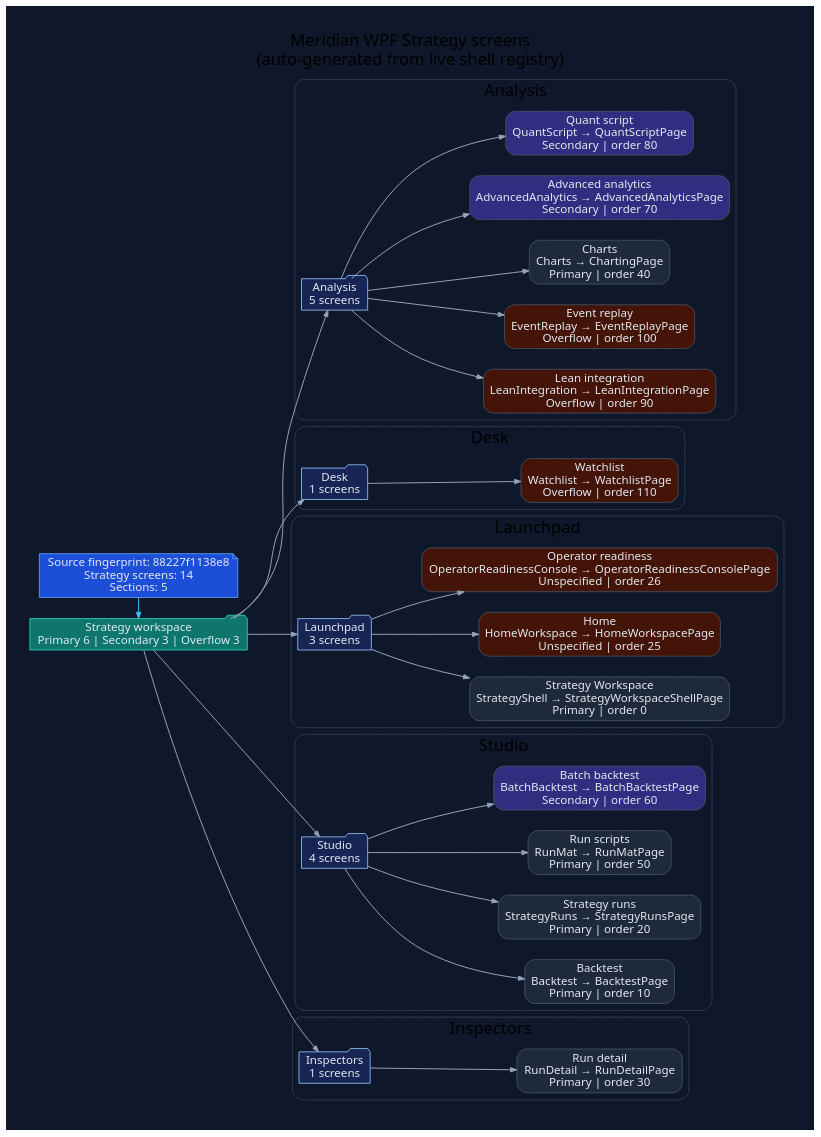
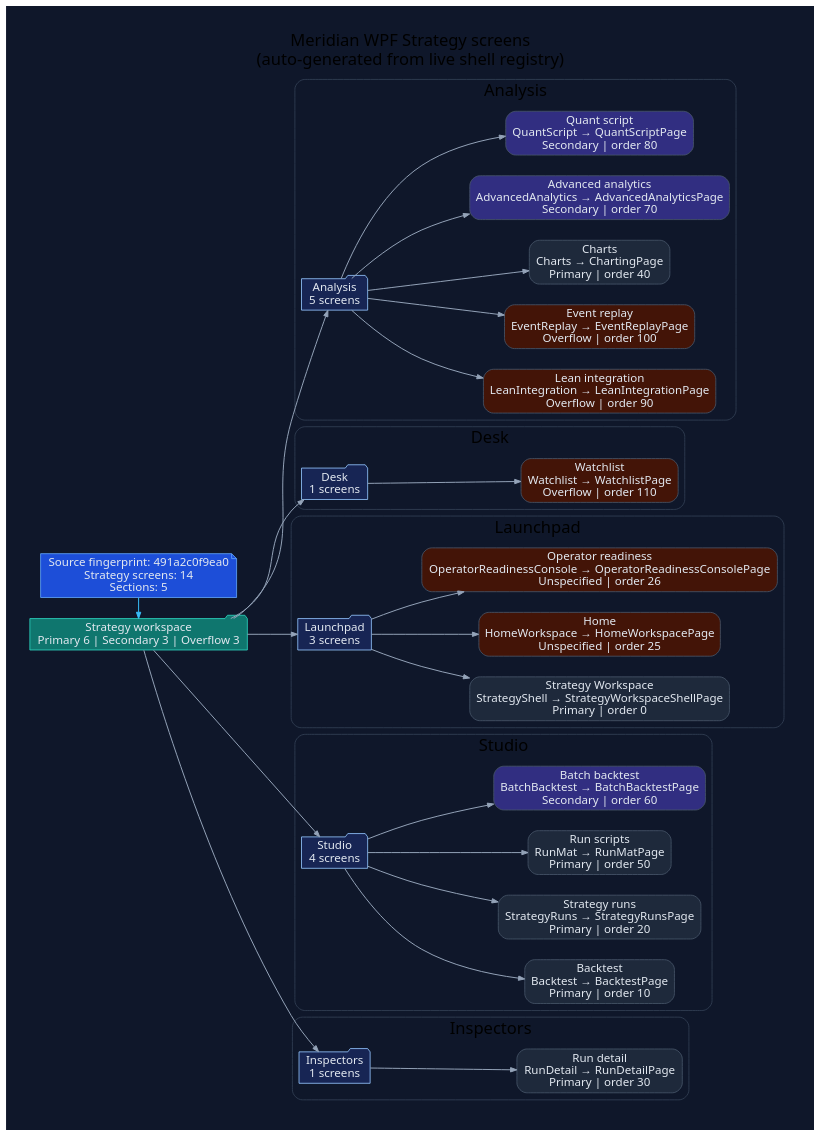
One commit to rodoHasArrived/Meridian-main changed the diagram in docs/diagrams/ui-wpf-screens-strategy.dot. Above: the diagram before and after it, drawn with Graphviz. The commit also changed 21 other files, not shown here.

First line of the commit message:
Regenerate WPF UI diagrams for the updated source fingerprint

```diff
--- a/docs/diagrams/ui-wpf-screens-strategy.dot
+++ b/docs/diagrams/ui-wpf-screens-strategy.dot
@@ -1,94 +1,94 @@
 // -----------------------------------------------------------------------------
 // <auto-generated>
 // Generated by scripts/generate-diagrams.mjs.
 // Do not edit this file directly; update the WPF source files instead.
 // -----------------------------------------------------------------------------
 digraph WpfStrategyScreens {
   graph [
     rankdir=LR,
     labelloc=t,
     label="Meridian WPF Strategy screens\n(auto-generated from live shell registry)",
     fontname="Segoe UI",
     fontsize=20,
     pad=0.4,
     nodesep=0.35,
     ranksep=0.85,
     bgcolor="#0f172a"
   ];
   node [fontname="Segoe UI", shape=box, style="rounded,filled", color="#475569", fontcolor="#e2e8f0", fillcolor="#1e293b"];
   edge [fontname="Segoe UI", color="#94a3b8", penwidth=1.2, arrowsize=0.75];
 
-  generated [shape=note, fillcolor="#1d4ed8", color="#60a5fa", label="Source fingerprint: 88227f1138e8\nStrategy screens: 14\nSections: 5"];
+  generated [shape=note, fillcolor="#1d4ed8", color="#60a5fa", label="Source fingerprint: 491a2c0f9ea0\nStrategy screens: 14\nSections: 5"];
   workspace [shape=folder, fillcolor="#0f766e", color="#2dd4bf", label="Strategy workspace\nPrimary 6 | Secondary 3 | Overflow 3"];
   generated -> workspace [color="#38bdf8"];
 
   subgraph cluster_section_1 {
     label="Analysis";
     color="#334155";
     style="rounded";
     section_1 [shape=folder, fillcolor="#172554", color="#93c5fd", label="Analysis\n5 screens"];
     workspace -> section_1;
     screen_LeanIntegration [fillcolor="#431407", label="Lean integration\nLeanIntegration → LeanIntegrationPage\nOverflow | order 90"];
     section_1 -> screen_LeanIntegration;
     screen_EventReplay [fillcolor="#431407", label="Event replay\nEventReplay → EventReplayPage\nOverflow | order 100"];
     section_1 -> screen_EventReplay;
     screen_Charts [fillcolor="#1e293b", label="Charts\nCharts → ChartingPage\nPrimary | order 40"];
     section_1 -> screen_Charts;
     screen_AdvancedAnalytics [fillcolor="#312e81", label="Advanced analytics\nAdvancedAnalytics → AdvancedAnalyticsPage\nSecondary | order 70"];
     section_1 -> screen_AdvancedAnalytics;
     screen_QuantScript [fillcolor="#312e81", label="Quant script\nQuantScript → QuantScriptPage\nSecondary | order 80"];
     section_1 -> screen_QuantScript;
   }
 
   subgraph cluster_section_2 {
     label="Desk";
     color="#334155";
     style="rounded";
     section_2 [shape=folder, fillcolor="#172554", color="#93c5fd", label="Desk\n1 screens"];
     workspace -> section_2;
     screen_Watchlist [fillcolor="#431407", label="Watchlist\nWatchlist → WatchlistPage\nOverflow | order 110"];
     section_2 -> screen_Watchlist;
   }
 
   subgraph cluster_section_3 {
     label="Launchpad";
     color="#334155";
     style="rounded";
     section_3 [shape=folder, fillcolor="#172554", color="#93c5fd", label="Launchpad\n3 screens"];
     workspace -> section_3;
     screen_StrategyShell [fillcolor="#1e293b", label="Strategy Workspace\nStrategyShell → StrategyWorkspaceShellPage\nPrimary | order 0"];
     section_3 -> screen_StrategyShell;
     screen_HomeWorkspace [fillcolor="#431407", label="Home\nHomeWorkspace → HomeWorkspacePage\nUnspecified | order 25"];
     section_3 -> screen_HomeWorkspace;
     screen_OperatorReadinessConsole [fillcolor="#431407", label="Operator readiness\nOperatorReadinessConsole → OperatorReadinessConsolePage\nUnspecified | order 26"];
     section_3 -> screen_OperatorReadinessConsole;
   }
 
   subgraph cluster_section_4 {
     label="Studio";
     color="#334155";
     style="rounded";
     section_4 [shape=folder, fillcolor="#172554", color="#93c5fd", label="Studio\n4 screens"];
     workspace -> section_4;
     screen_Backtest [fillcolor="#1e293b", label="Backtest\nBacktest → BacktestPage\nPrimary | order 10"];
     section_4 -> screen_Backtest;
     screen_StrategyRuns [fillcolor="#1e293b", label="Strategy runs\nStrategyRuns → StrategyRunsPage\nPrimary | order 20"];
     section_4 -> screen_StrategyRuns;
     screen_RunMat [fillcolor="#1e293b", label="Run scripts\nRunMat → RunMatPage\nPrimary | order 50"];
     section_4 -> screen_RunMat;
     screen_BatchBacktest [fillcolor="#312e81", label="Batch backtest\nBatchBacktest → BatchBacktestPage\nSecondary | order 60"];
     section_4 -> screen_BatchBacktest;
   }
 
   subgraph cluster_section_5 {
     label="Inspectors";
     color="#334155";
     style="rounded";
     section_5 [shape=folder, fillcolor="#172554", color="#93c5fd", label="Inspectors\n1 screens"];
     workspace -> section_5;
     screen_RunDetail [fillcolor="#1e293b", label="Run detail\nRunDetail → RunDetailPage\nPrimary | order 30"];
     section_5 -> screen_RunDetail;
   }
 
   { rank=min; generated; workspace; }
 }
```
